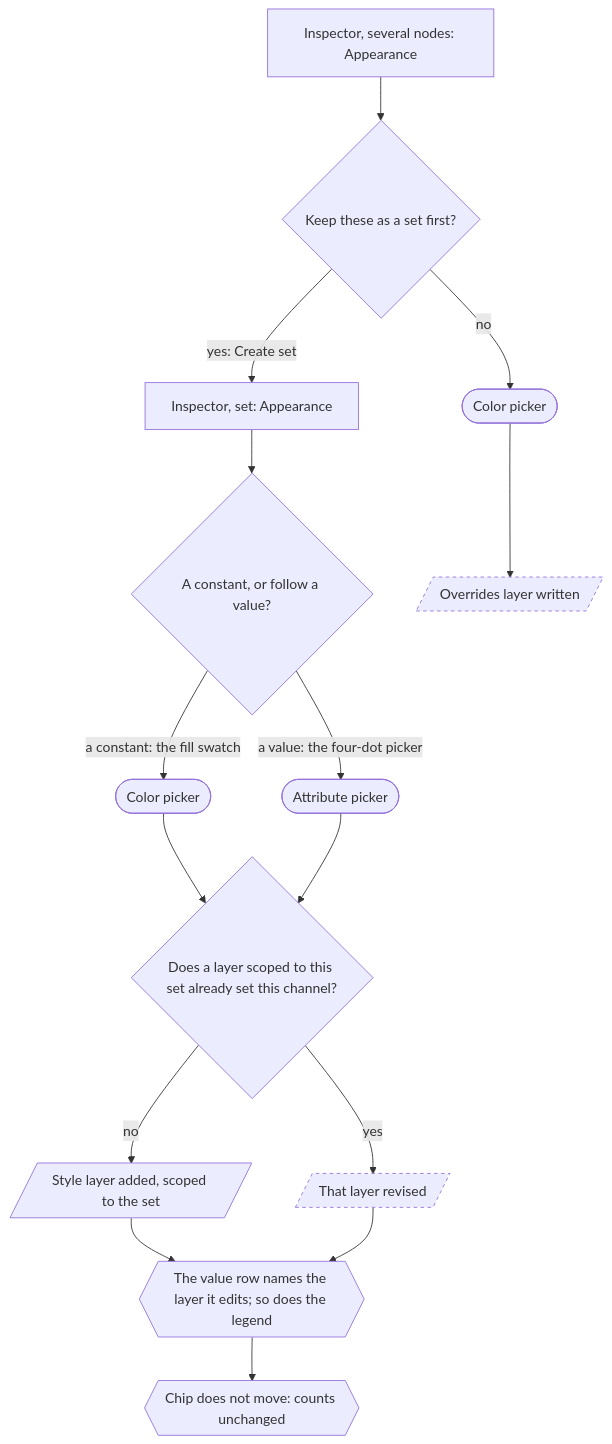
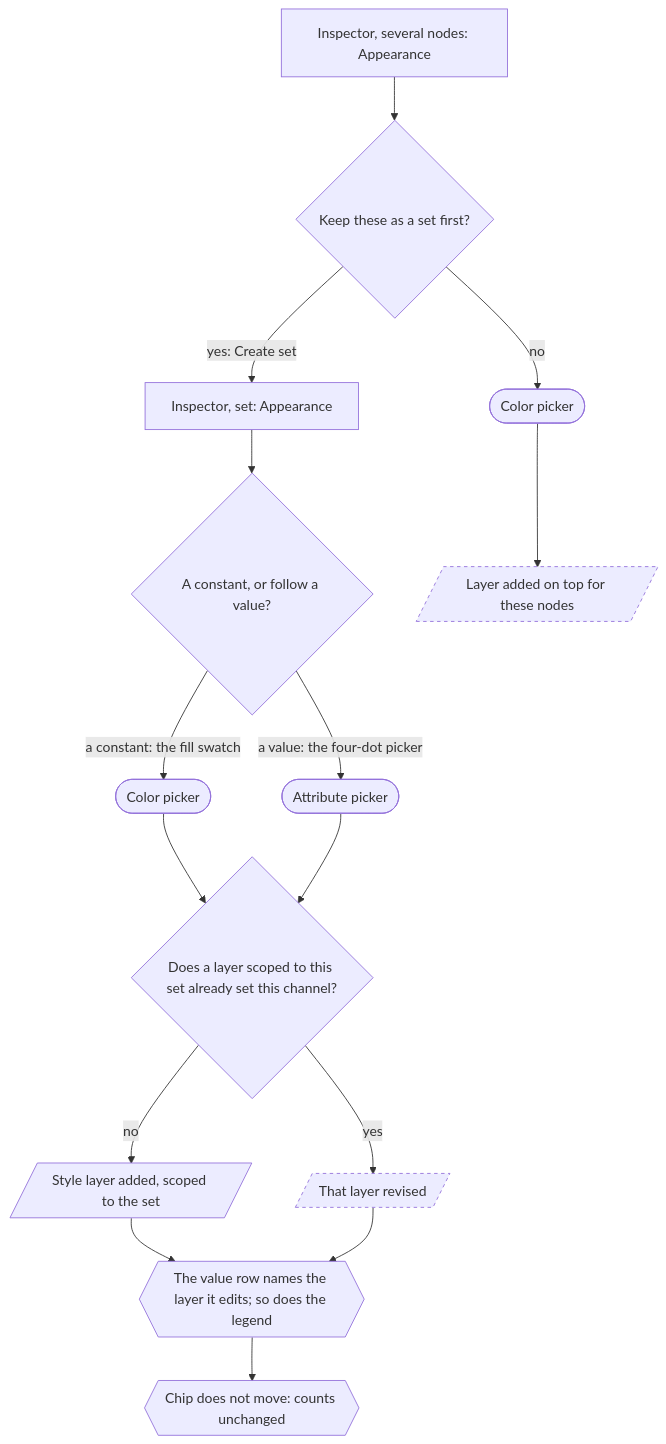
One commit to graphty-org/graphty-monorepo changed the ninth of 19 diagrams in design/ui/framework/task-flows.md. Above: the diagram before and after it, drawn with Mermaid. The commit also changed other lines of this file and 25 other files, not shown here.

````diff
--- a/design/ui/framework/task-flows.md
+++ b/design/ui/framework/task-flows.md
@@ -495,18 +495,18 @@
 ```mermaid
 flowchart TD
   S["Inspector, set: Appearance"] --> CH{"A constant, or follow a value?"}
   CH -->|"a constant: the fill swatch"| PK(["Color picker"])
   CH -->|"a value: the four-dot picker"| AP(["Attribute picker"])
   PK --> EX{"Does a layer scoped to this set already set this channel?"}
   AP --> EX
   EX -->|no| C1[/"Style layer added, scoped to the set"/]
   EX -->|yes| C2[/"That layer revised"/]:::gap
   SEL["Inspector, several nodes: Appearance"] --> Q{"Keep these as a set first?"}
   Q -->|"yes: Create set"| S
   Q -->|no| PK2(["Color picker"])
-  PK2 --> OV[/"Overrides layer written"/]:::gap
+  PK2 --> OV[/"Layer added on top for these nodes"/]:::gap
   C1 --> T1{{"The value row names the layer it edits; so does the legend"}}
   C2 --> T1
   T1 --> T2{{"Chip does not move: counts unchanged"}}
   classDef gap stroke-dasharray: 4 4
 ```
````
